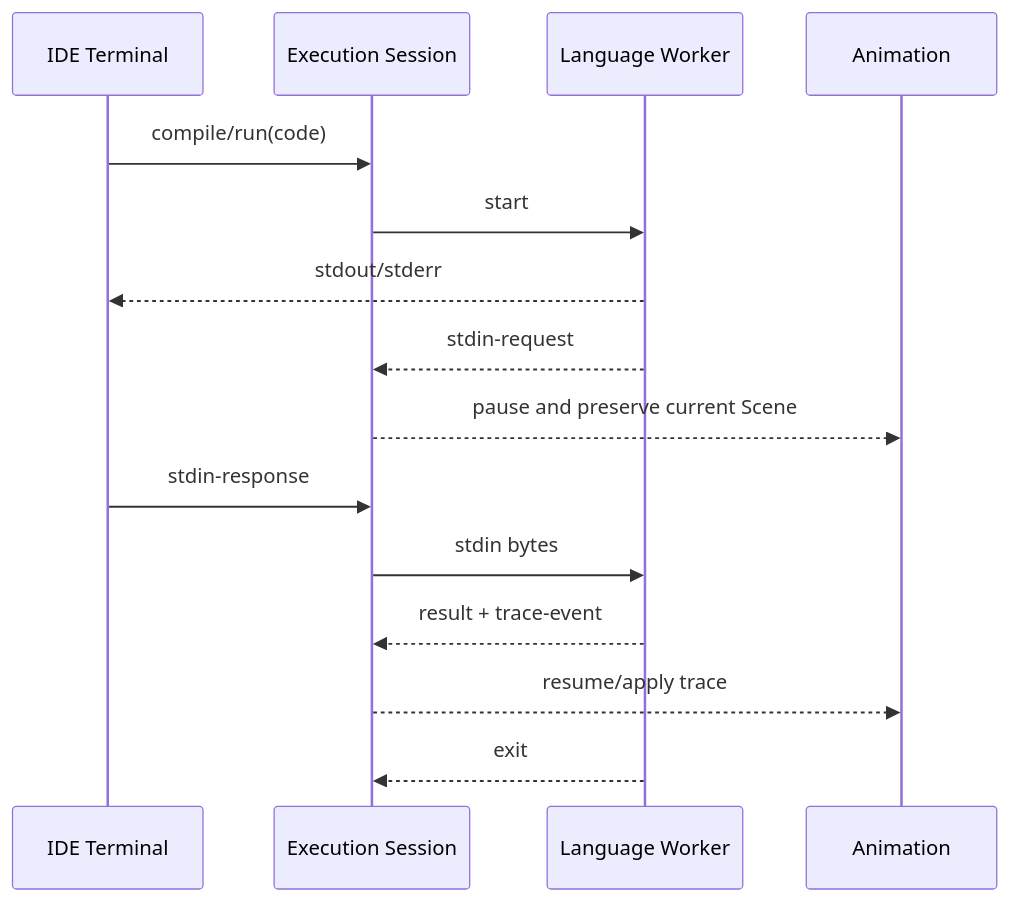
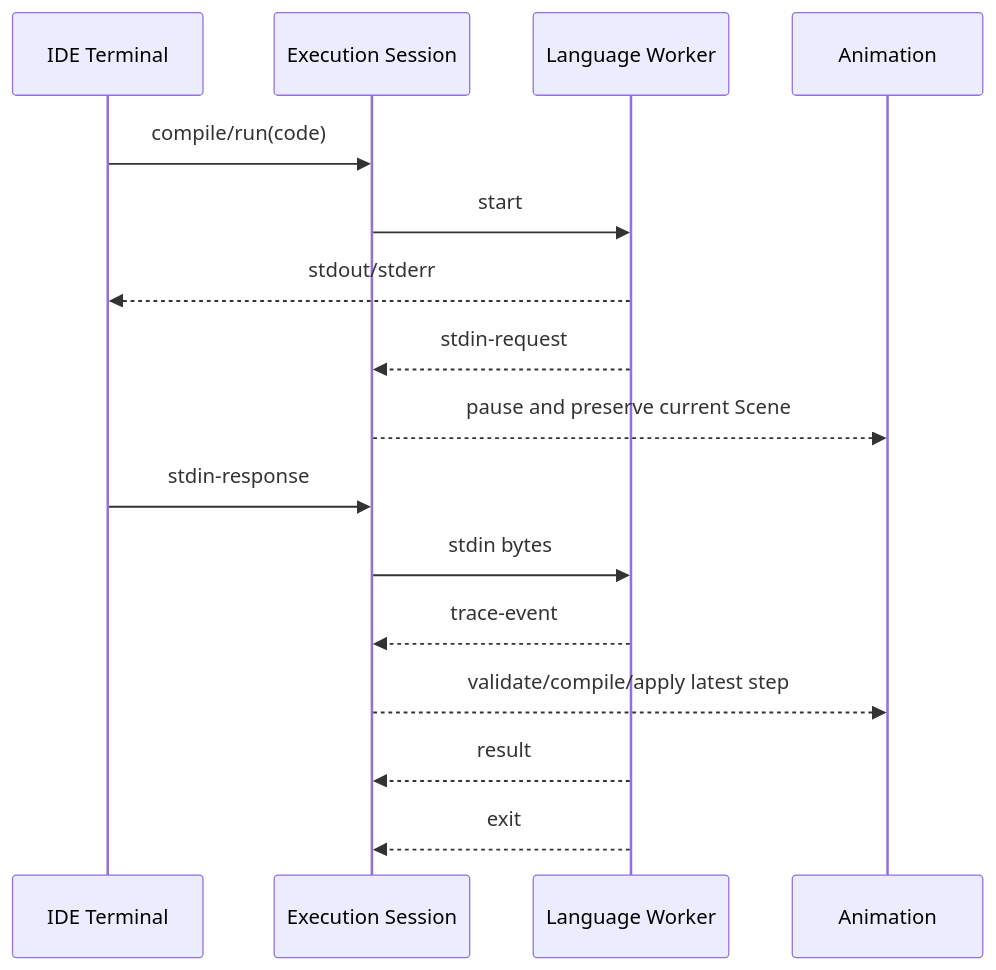
One commit to 1123074811/AlgoViz changed the third of 4 diagrams in docs/architecture/README.md. Above: the diagram before and after it, drawn with Mermaid. The commit also changed other lines of this file and 4 other files, not shown here.

````diff
--- a/docs/architecture/README.md
+++ b/docs/architecture/README.md
@@ -118,18 +120,19 @@
 ```mermaid
 sequenceDiagram
     participant UI as IDE Terminal
     participant S as Execution Session
     participant W as Language Worker
     participant A as Animation
 
     UI->>S: compile/run(code)
     S->>W: start
     W-->>UI: stdout/stderr
     W-->>S: stdin-request
     S-->>A: pause and preserve current Scene
     UI->>S: stdin-response
     S->>W: stdin bytes
-    W-->>S: result + trace-event
-    S-->>A: resume/apply trace
+    W-->>S: trace-event
+    S-->>A: validate/compile/apply latest step
+    W-->>S: result
     W-->>S: exit
 ```
````
